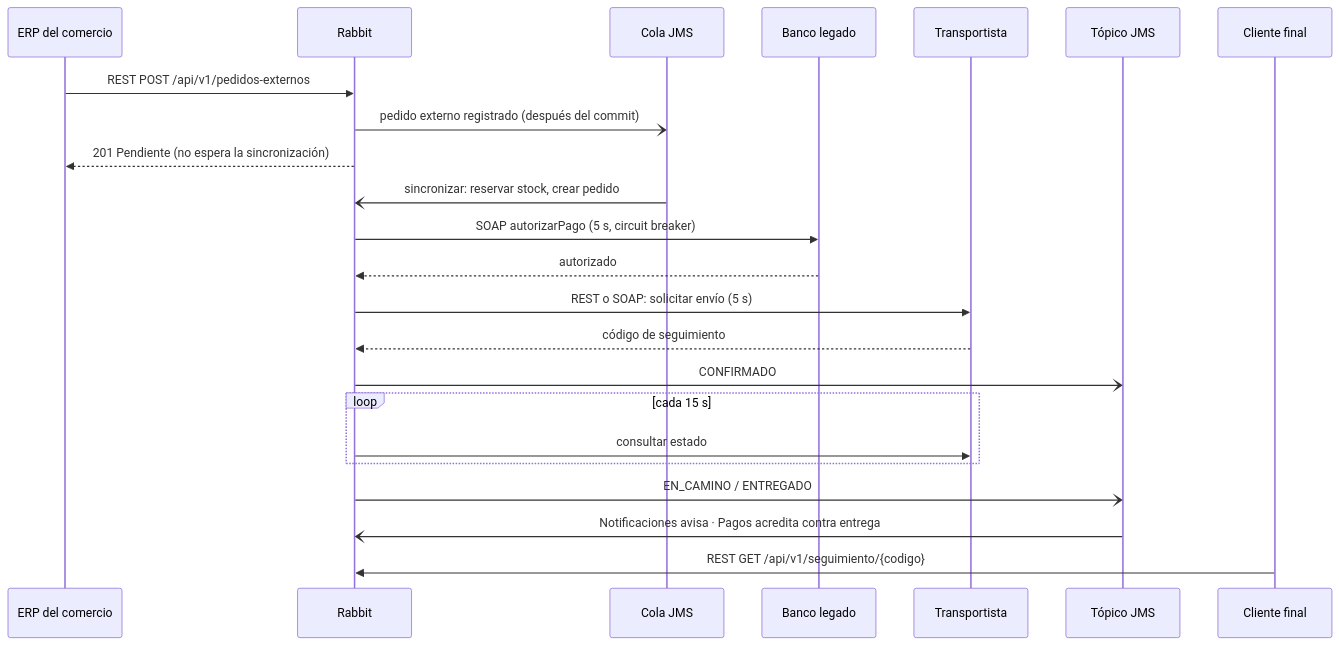
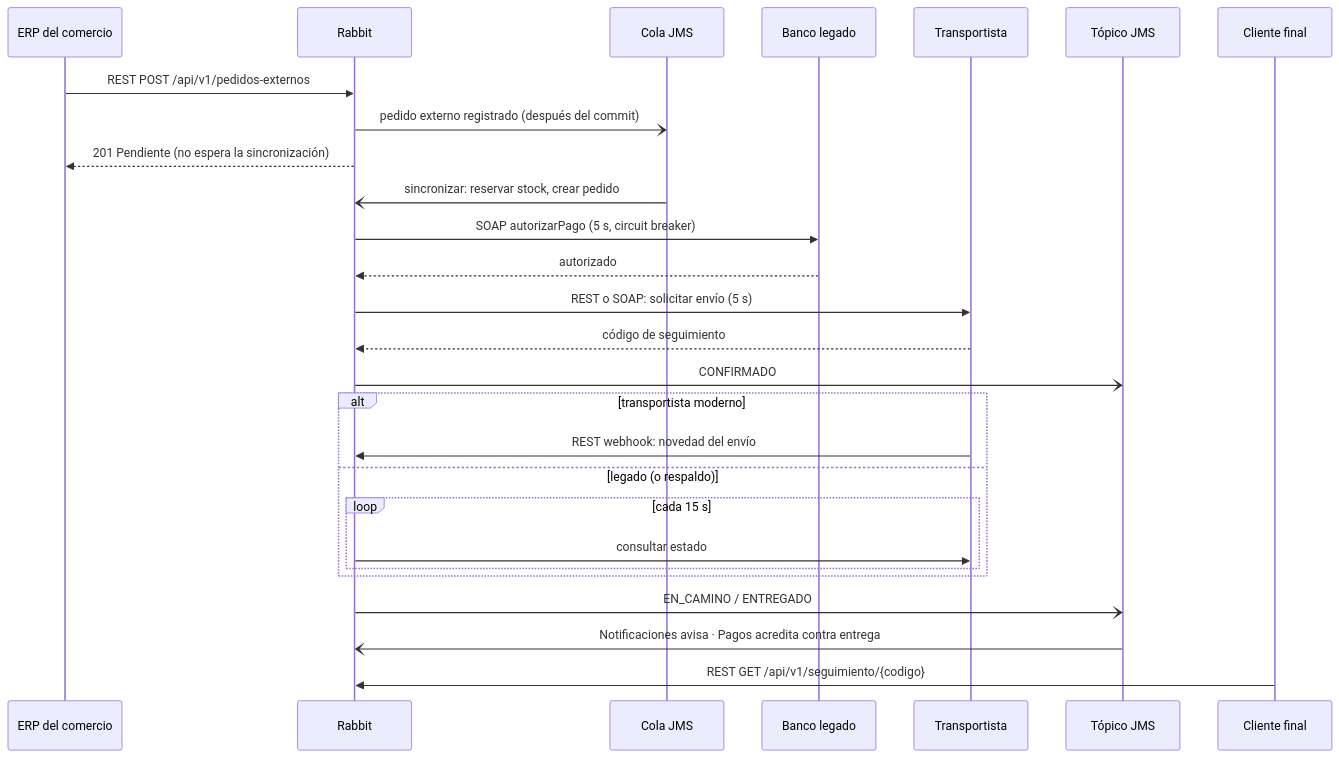
Before and after one commit to feliforte14/Rabbit: the second of 2 diagrams in docs/MensajeriaFinal.md, drawn with Mermaid. The commit also changed other lines of this file and 54 other files, not shown here.

````diff
--- a/docs/MensajeriaFinal.md
+++ b/docs/MensajeriaFinal.md
@@ -315,25 +323,29 @@
 ```mermaid
 sequenceDiagram
     participant ERP as ERP del comercio
     participant R as Rabbit
     participant Q as Cola JMS
     participant B as Banco legado
     participant T as Transportista
     participant TP as Tópico JMS
     participant C as Cliente final
     ERP->>R: REST POST /api/v1/pedidos-externos
     R-)Q: pedido externo registrado (después del commit)
     R-->>ERP: 201 Pendiente (no espera la sincronización)
     Q-)R: sincronizar: reservar stock, crear pedido
     R->>B: SOAP autorizarPago (5 s, circuit breaker)
     B-->>R: autorizado
     R->>T: REST o SOAP: solicitar envío (5 s)
     T-->>R: código de seguimiento
     R-)TP: CONFIRMADO
-    loop cada 15 s
-        R->>T: consultar estado
+    alt transportista moderno
+        T->>R: REST webhook: novedad del envío
+    else legado (o respaldo)
+        loop cada 15 s
+            R->>T: consultar estado
+        end
     end
     R-)TP: EN_CAMINO / ENTREGADO
     TP-)R: Notificaciones avisa · Pagos acredita contra entrega
     C->>R: REST GET /api/v1/seguimiento/{codigo}
 ```
````
